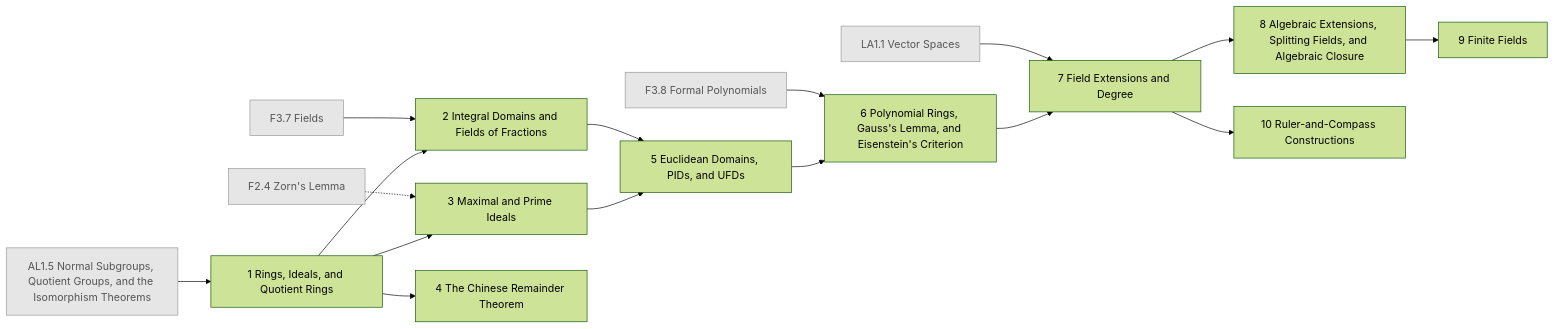
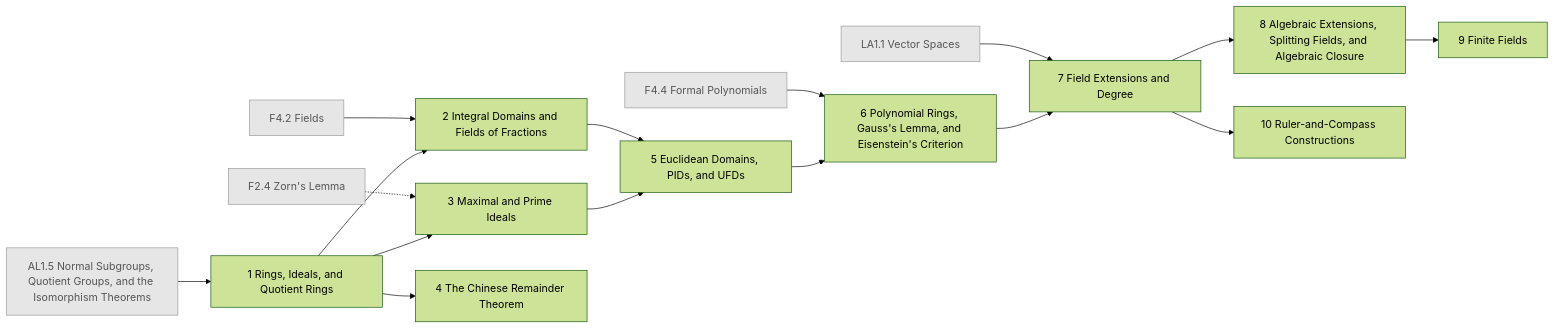
Before and after one commit to AkizumiFox/math-atlas: the diagram in generated/chapters/AL2.mmd, drawn with Mermaid (forest theme). The commit also changed 24 other files, not shown here.

First line of the commit message:
Series and volumes: one volume per book; Foundations ends with R built from Cauchy sequences

```diff
--- a/generated/chapters/AL2.mmd
+++ b/generated/chapters/AL2.mmd
@@ -1,34 +1,34 @@
 flowchart LR
   F2_4["F2.4 Zorn's Lemma"]:::ext
-  F3_7["F3.7 Fields"]:::ext
-  F3_8["F3.8 Formal Polynomials"]:::ext
+  F4_2["F4.2 Fields"]:::ext
+  F4_4["F4.4 Formal Polynomials"]:::ext
   LA1_1["LA1.1 Vector Spaces"]:::ext
   AL1_5["AL1.5 Normal Subgroups, Quotient Groups, and the Isomorphism Theorems"]:::ext
   AL2_1["1 Rings, Ideals, and Quotient Rings"]
   AL2_2["2 Integral Domains and Fields of Fractions"]
   AL2_3["3 Maximal and Prime Ideals"]
   AL2_4["4 The Chinese Remainder Theorem"]
   AL2_5["5 Euclidean Domains, PIDs, and UFDs"]
   AL2_6["6 Polynomial Rings, Gauss's Lemma, and Eisenstein's Criterion"]
   AL2_7["7 Field Extensions and Degree"]
   AL2_8["8 Algebraic Extensions, Splitting Fields, and Algebraic Closure"]
   AL2_9["9 Finite Fields"]
   AL2_10["10 Ruler-and-Compass Constructions"]
   AL1_5 --> AL2_1
-  F3_7 --> AL2_2
+  F4_2 --> AL2_2
   AL2_1 --> AL2_2
   F2_4 -.-> AL2_3
   AL2_1 --> AL2_3
   AL2_1 --> AL2_4
   AL2_2 --> AL2_5
   AL2_3 --> AL2_5
-  F3_8 --> AL2_6
+  F4_4 --> AL2_6
   AL2_5 --> AL2_6
   LA1_1 --> AL2_7
   AL2_6 --> AL2_7
   AL2_7 --> AL2_8
   AL2_8 --> AL2_9
   AL2_7 --> AL2_10
   classDef ext fill:#e6e6e6,stroke:#999,color:#555
   classDef opt fill:#fff,stroke:#999,stroke-dasharray:4 3,color:#555
   classDef segb fill:#f6f6fb,stroke:#99a,color:#333
```
